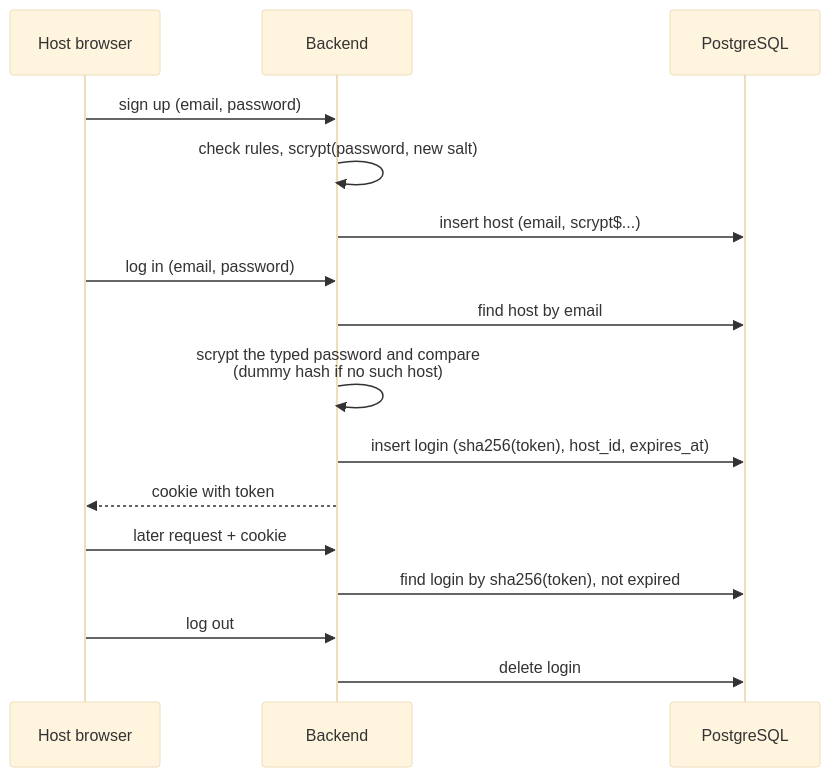
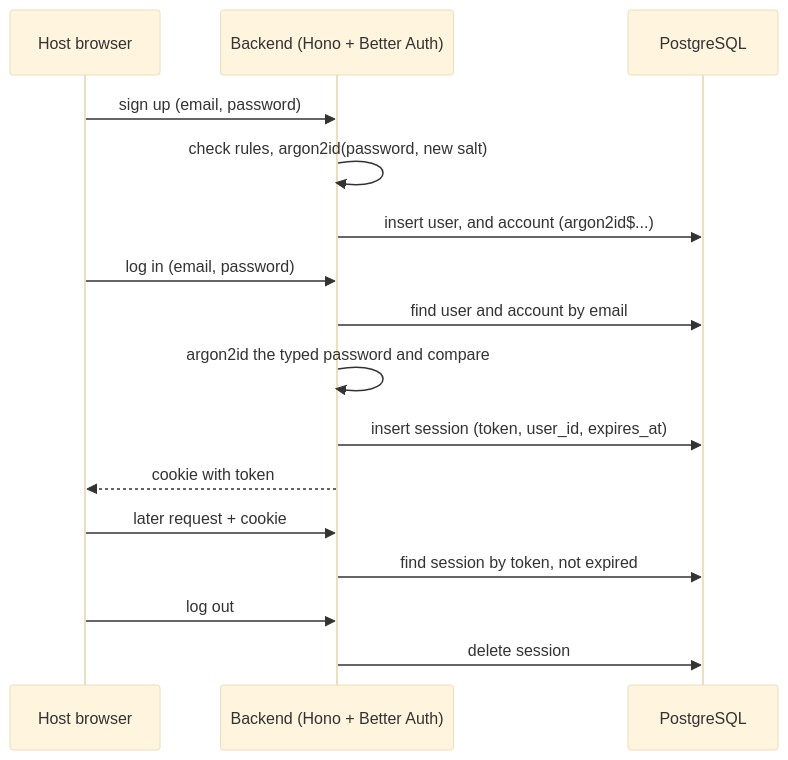
One commit to WH1TE-SHAD0W/ai-dubbing-studio changed the diagram in docs/adr/0003-host-authentication.md. Above: the diagram before and after it, drawn with Mermaid (base theme). The commit also changed other lines of this file, not shown here.

First line of the commit message:
docs: switch ADR-0003 to Better Auth with Argon2id (YGP-12)

````diff
--- a/docs/adr/0003-host-authentication.md
+++ b/docs/adr/0003-host-authentication.md
@@ -126,18 +155,18 @@
 ```mermaid
 sequenceDiagram
   participant H as Host browser
-  participant B as Backend
+  participant B as Backend (Hono + Better Auth)
   participant D as PostgreSQL
   H->>B: sign up (email, password)
-  B->>B: check rules, scrypt(password, new salt)
-  B->>D: insert host (email, scrypt$...)
+  B->>B: check rules, argon2id(password, new salt)
+  B->>D: insert user, and account (argon2id$...)
   H->>B: log in (email, password)
-  B->>D: find host by email
-  B->>B: scrypt the typed password and compare<br/>(dummy hash if no such host)
-  B->>D: insert login (sha256(token), host_id, expires_at)
+  B->>D: find user and account by email
+  B->>B: argon2id the typed password and compare
+  B->>D: insert session (token, user_id, expires_at)
   B-->>H: cookie with token
   H->>B: later request + cookie
-  B->>D: find login by sha256(token), not expired
+  B->>D: find session by token, not expired
   H->>B: log out
-  B->>D: delete login
+  B->>D: delete session
 ```
````
